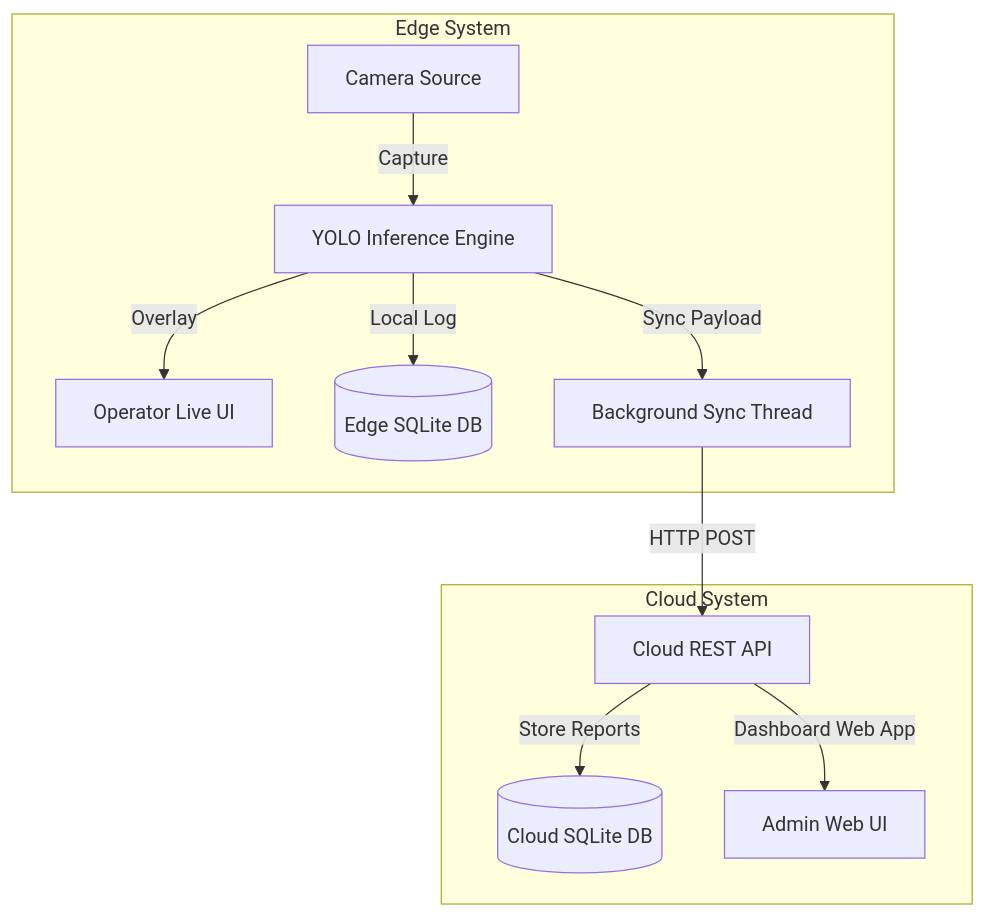
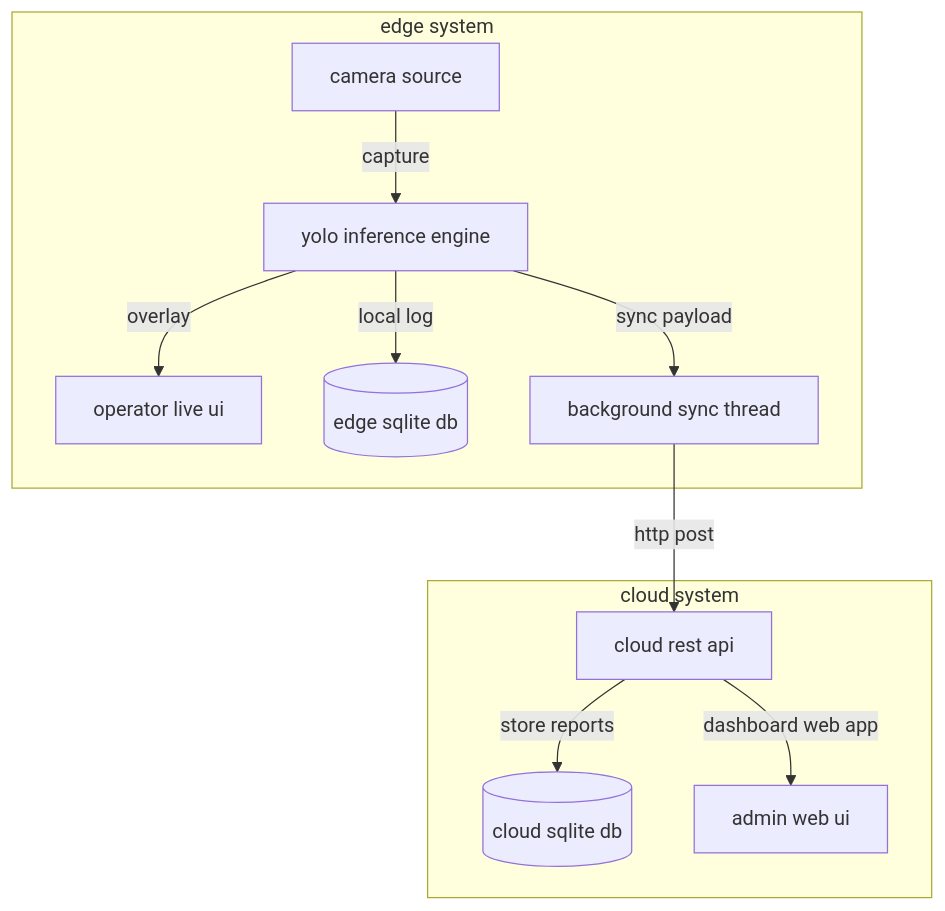
One commit to nnickahh/love-of-laundry changed the diagram in README.md. Above: the diagram before and after it, drawn with Mermaid. The commit also changed other lines of this file, not shown here.

````diff
--- a/README.md
+++ b/README.md
@@ -15,15 +15,15 @@
 ```mermaid
 graph TD
-    subgraph Edge System
-        Camera["Camera Source"] -->|Capture| Inference["YOLO Inference Engine"]
-        Inference -->|Overlay| LiveFeed["Operator Live UI"]
-        Inference -->|Local Log| EdgeDB[("Edge SQLite DB")]
-        Inference -->|Sync Payload| SyncThread["Background Sync Thread"]
+    subgraph edge system
+        Camera["camera source"] -->|capture| Inference["yolo inference engine"]
+        Inference -->|overlay| LiveFeed["operator live ui"]
+        Inference -->|local log| EdgeDB[("edge sqlite db")]
+        Inference -->|sync payload| SyncThread["background sync thread"]
     end
 
-    subgraph Cloud System
-        SyncThread -->|HTTP POST| CloudAPI["Cloud REST API"]
-        CloudAPI -->|Store Reports| CloudDB[("Cloud SQLite DB")]
-        CloudAPI -->|Dashboard Web App| AdminDashboard["Admin Web UI"]
+    subgraph cloud system
+        SyncThread -->|http post| CloudAPI["cloud rest api"]
+        CloudAPI -->|store reports| CloudDB[("cloud sqlite db")]
+        CloudAPI -->|dashboard web app| AdminDashboard["admin web ui"]
     end
 ```
````
